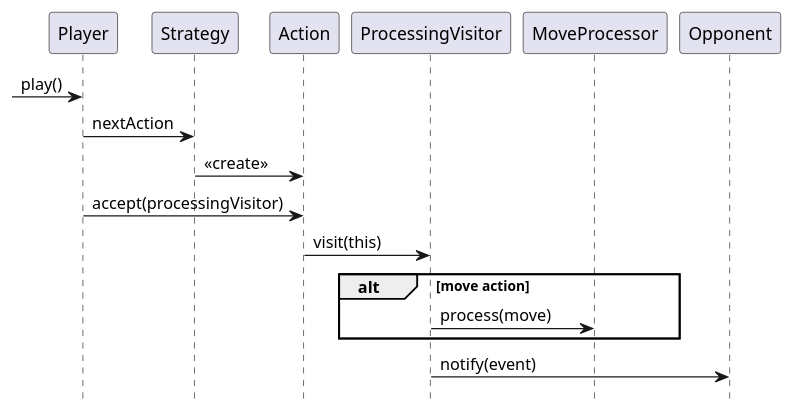
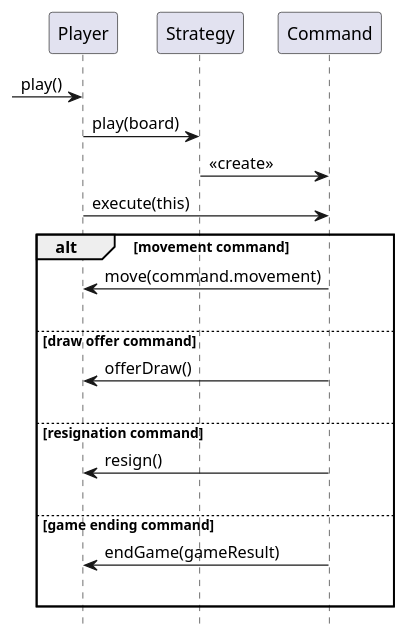
The diagram in chess/src/design/uml/Player_play.puml (isc-carlos-gomez/chess), drawn with PlantUML before and after one commit. The commit also changed 13 other files, not shown here.

```diff
--- a/chess/src/design/uml/Player_play.puml
+++ b/chess/src/design/uml/Player_play.puml
@@ -1,15 +1,23 @@
 @startuml
 
 [-> Player: play()
-Player -> Strategy: nextAction
-Strategy -> Action: <<create>>
-Player -> Action: accept(processingVisitor)
-Action -> ProcessingVisitor: visit(this)
-alt move action
-	ProcessingVisitor -> MoveProcessor: process(move)
-	
+Player -> Strategy: play(board)
+Strategy -> Command: <<create>>
+
+Player -> Command: execute(this)
+alt movement command
+	Command -> Player: move(command.movement)
+	|||
+else draw offer command
+	Command -> Player: offerDraw()
+	|||
+else resignation command
+	Command -> Player: resign()
+	|||
+else game ending command
+	Command -> Player: endGame(gameResult)
+	|||
 end
-ProcessingVisitor -> Opponent: notify(event)
 
 hide footbox
 @enduml
```
